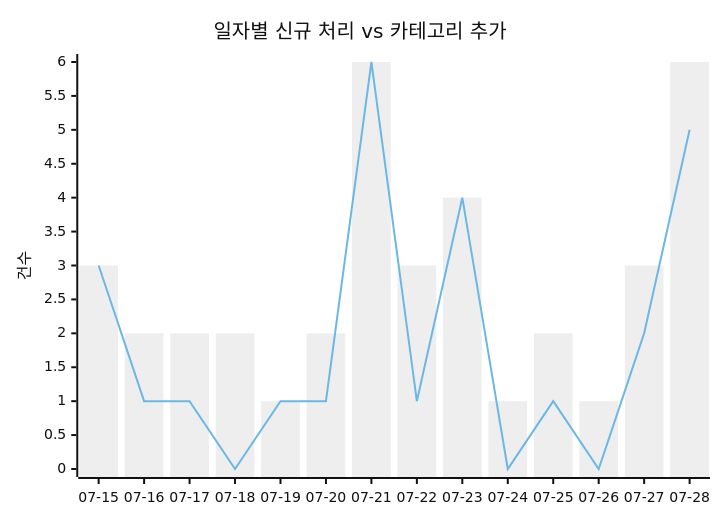
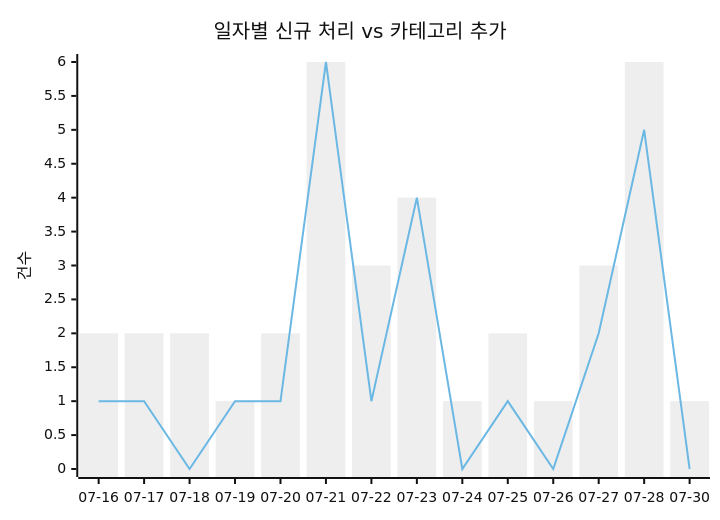
One commit to J-nowcow/awesome-korean-agent-skills changed the first of 2 diagrams in docs/trends.md. Above: the diagram before and after it, drawn with Mermaid (neutral theme). The commit also changed other lines of this file and 27 other files, not shown here.

````diff
--- a/docs/trends.md
+++ b/docs/trends.md
@@ -32,8 +32,8 @@
 ```mermaid
 xychart-beta
     title "일자별 신규 처리 vs 카테고리 추가"
-    x-axis ["07-15","07-16","07-17","07-18","07-19","07-20","07-21","07-22","07-23","07-24","07-25","07-26","07-27","07-28"]
+    x-axis ["07-16","07-17","07-18","07-19","07-20","07-21","07-22","07-23","07-24","07-25","07-26","07-27","07-28","07-30"]
     y-axis "건수"
-    bar [3,2,2,2,1,2,6,3,4,1,2,1,3,6]
-    line [3,1,1,0,1,1,6,1,4,0,1,0,2,5]
+    bar [2,2,2,1,2,6,3,4,1,2,1,3,6,1]
+    line [1,1,0,1,1,6,1,4,0,1,0,2,5,0]
 ```
````
